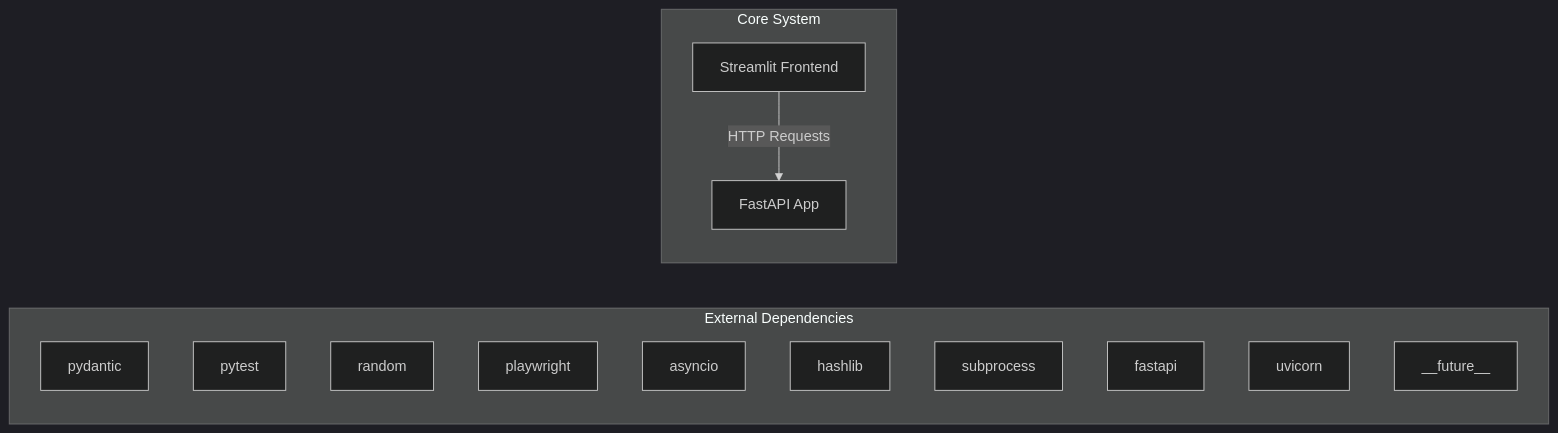
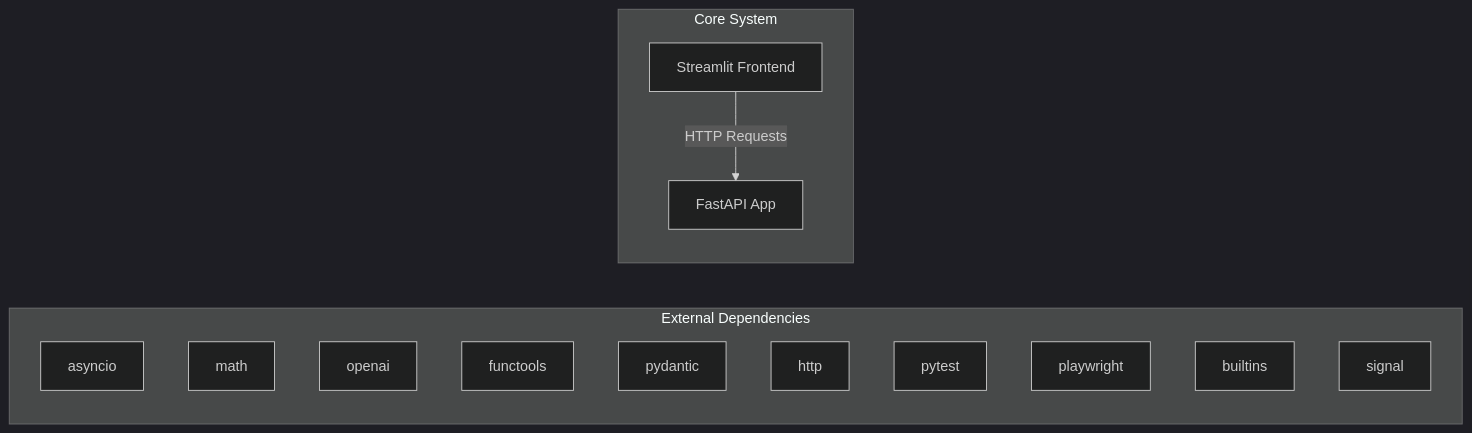
Before and after one commit to NITISH-R-G/rag-context-optimizer: the first of 2 diagrams in docs/architecture.md, drawn with Mermaid (dark theme). The commit also changed 1 other file, not shown here.

Commit message:
docs: auto-update repository knowledge, architecture diagrams, and documentation

````diff
--- a/docs/architecture.md
+++ b/docs/architecture.md
@@ -7,20 +7,20 @@
 ```mermaid
 graph LR
     subgraph External Dependencies
-        E0["pydantic"]
-        E1["pytest"]
-        E2["random"]
-        E3["playwright"]
-        E4["asyncio"]
-        E5["hashlib"]
-        E6["subprocess"]
-        E7["fastapi"]
-        E8["uvicorn"]
-        E9["__future__"]
+        E0["asyncio"]
+        E1["math"]
+        E2["openai"]
+        E3["functools"]
+        E4["pydantic"]
+        E5["http"]
+        E6["pytest"]
+        E7["playwright"]
+        E8["builtins"]
+        E9["signal"]
     end
     subgraph Core System
         API["FastAPI App"]
         UI["Streamlit Frontend"]
     end
     UI -->|HTTP Requests| API
 ```
````
